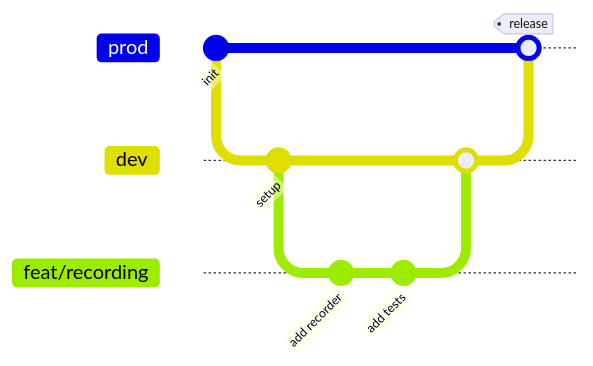
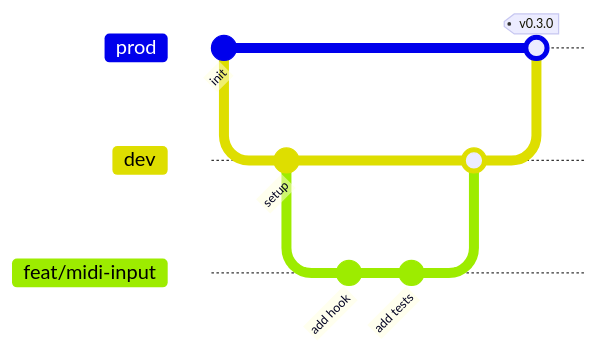
Before and after one commit to satyaidk/funkeys: the diagram in docs/development.md, drawn with Mermaid. The commit also changed other lines of this file and 109 other files, not shown here.

````diff
--- a/docs/development.md
+++ b/docs/development.md
@@ -48,14 +45,14 @@
 ```mermaid
 %%{init: { 'gitGraph': { 'mainBranchName': 'prod' } } }%%
 gitGraph
     commit id: "init"
     branch dev
     commit id: "setup"
-    branch feat/recording
-    commit id: "add recorder"
+    branch feat/midi-input
+    commit id: "add hook"
     commit id: "add tests"
     checkout dev
-    merge feat/recording
+    merge feat/midi-input
     checkout prod
-    merge dev tag: "release"
+    merge dev tag: "v0.3.0"
 ```
````
